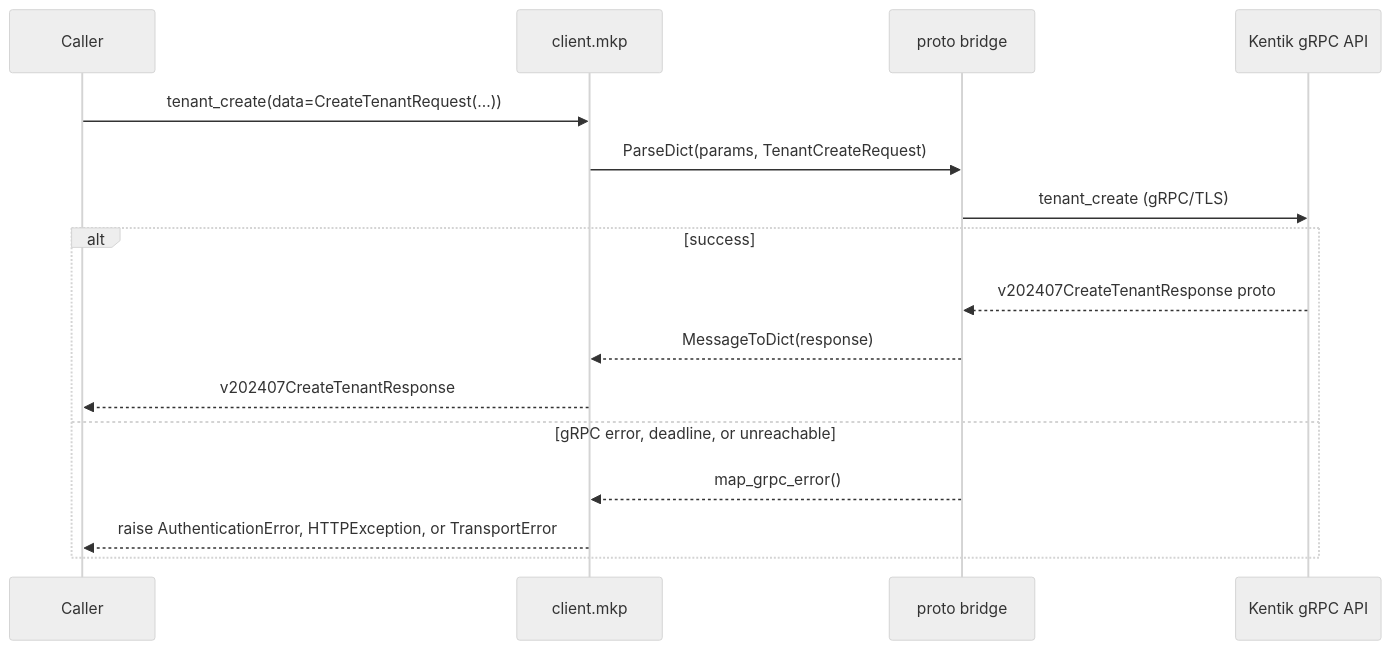
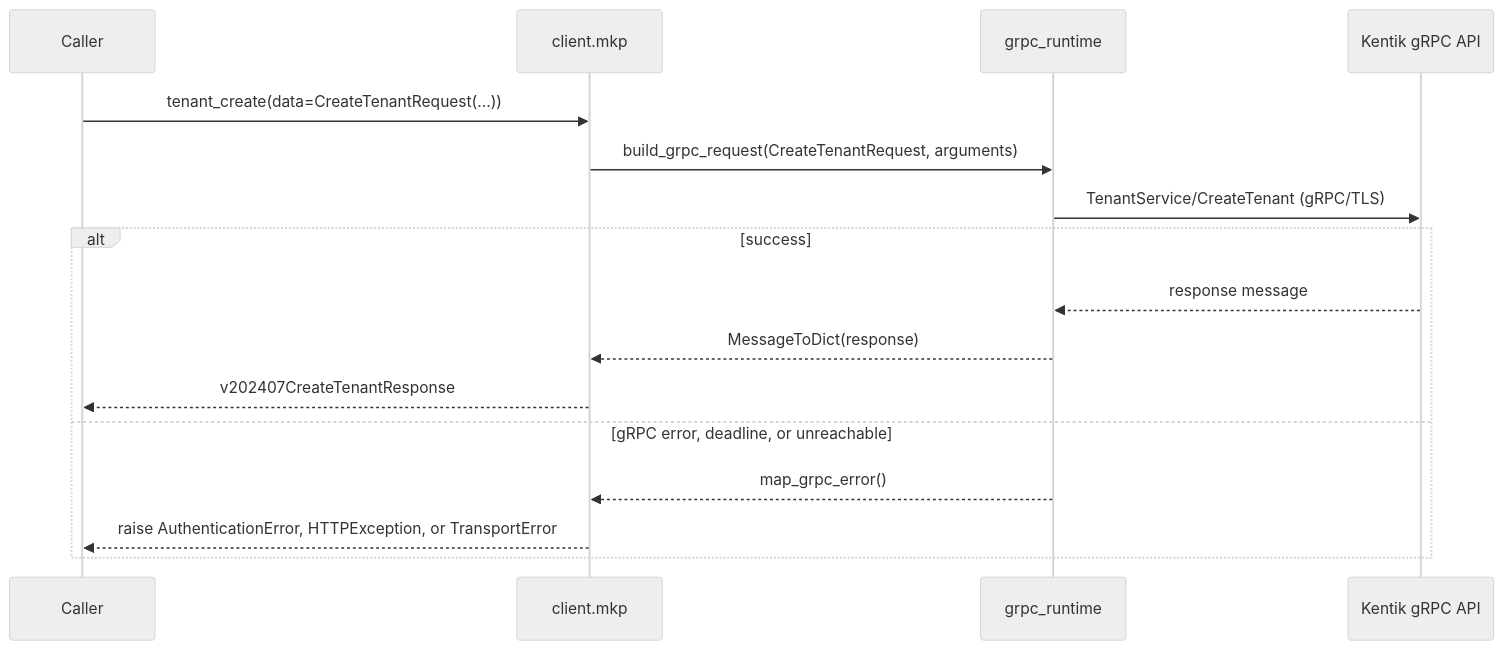
One commit to alexdearaujo/community_sdk_python changed diagram 15 of 30 in docs/sphinx/services/mkp.md. Above: the diagram before and after it, drawn with Mermaid (neutral theme). The commit also changed other lines of this file and 37 other files, not shown here.

First line of the commit message:
docs: show the real RPC in each service page's gRPC diagram

````diff
--- a/docs/sphinx/services/mkp.md
+++ b/docs/sphinx/services/mkp.md
@@ -503,19 +503,19 @@
 ```mermaid
 sequenceDiagram
     participant C as Caller
     participant W as client.mkp
-    participant B as proto bridge
+    participant R as grpc_runtime
     participant API as Kentik gRPC API
 
     C->>W: tenant_create(data=CreateTenantRequest(...))
-    W->>B: ParseDict(params, TenantCreateRequest)
-    B->>API: tenant_create (gRPC/TLS)
+    W->>R: build_grpc_request(CreateTenantRequest, arguments)
+    R->>API: TenantService/CreateTenant (gRPC/TLS)
     alt success
-        API-->>B: v202407CreateTenantResponse proto
-        B-->>W: MessageToDict(response)
+        API-->>R: response message
+        R-->>W: MessageToDict(response)
         W-->>C: v202407CreateTenantResponse
     else gRPC error, deadline, or unreachable
-        B-->>W: map_grpc_error()
+        R-->>W: map_grpc_error()
         W-->>C: raise AuthenticationError, HTTPException, or TransportError
     end
 ```
````
